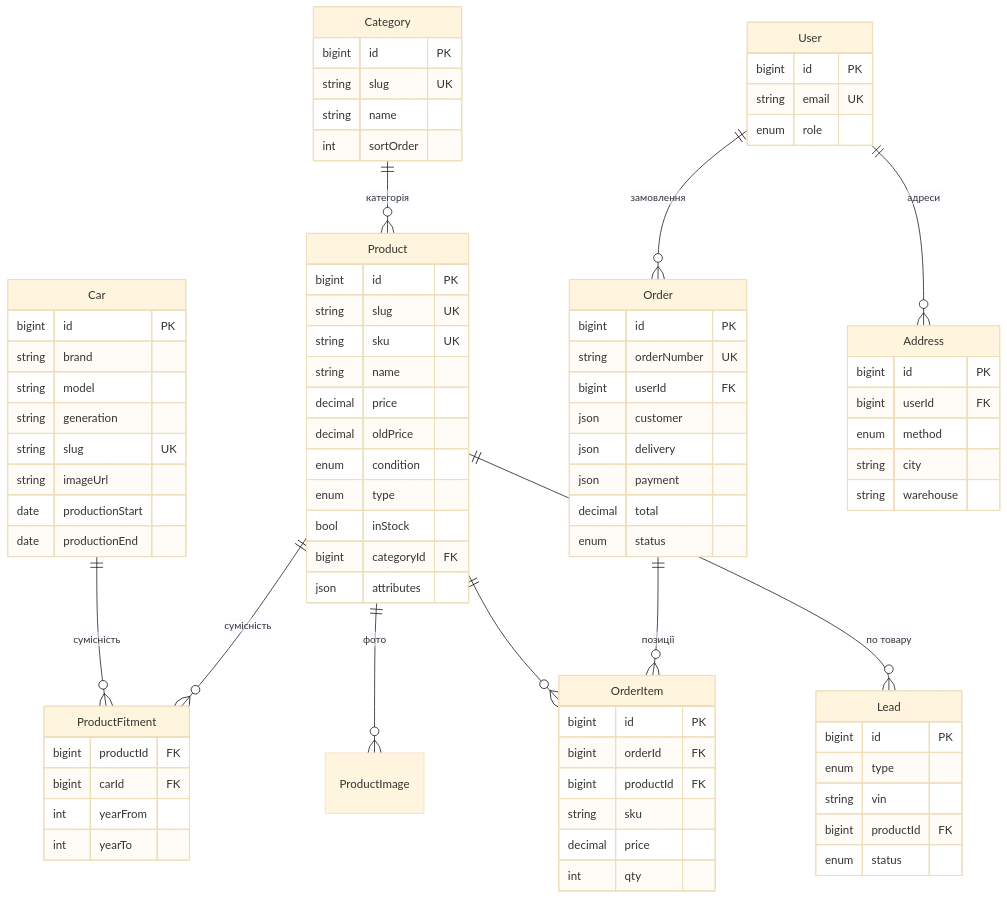
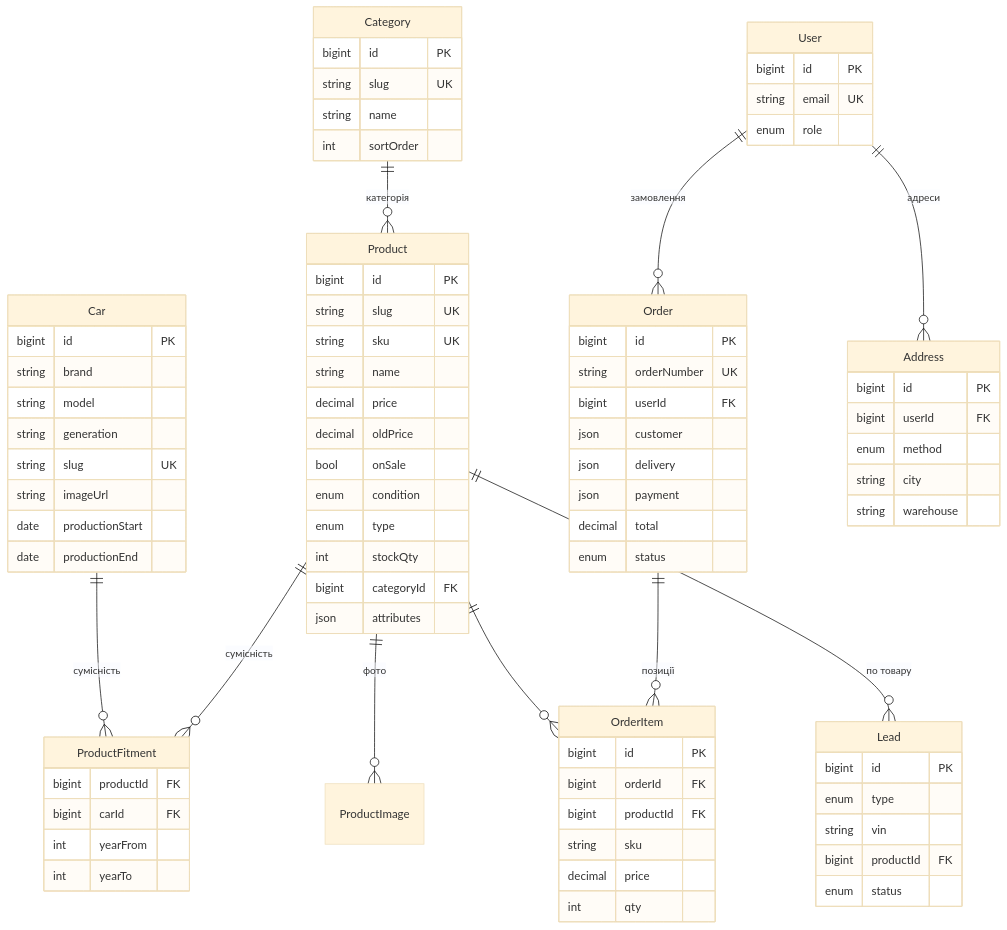
One commit to vvbogdanovih/tesla-meta changed the diagram in docs/db-schema.md. Above: the diagram before and after it, drawn with Mermaid (base theme). The commit also changed other lines of this file, not shown here.

Commit message:
docs: db-schema — onSale, наявність зі stockQty, модель ContentBlock

```diff
--- a/docs/db-schema.md
+++ b/docs/db-schema.md
@@ -46,9 +46,10 @@
     string name
     decimal price
     decimal oldPrice
+    bool   onSale
     enum   condition
     enum   type
-    bool   inStock
+    int    stockQty
     bigint categoryId FK
     json   attributes
   }
```
